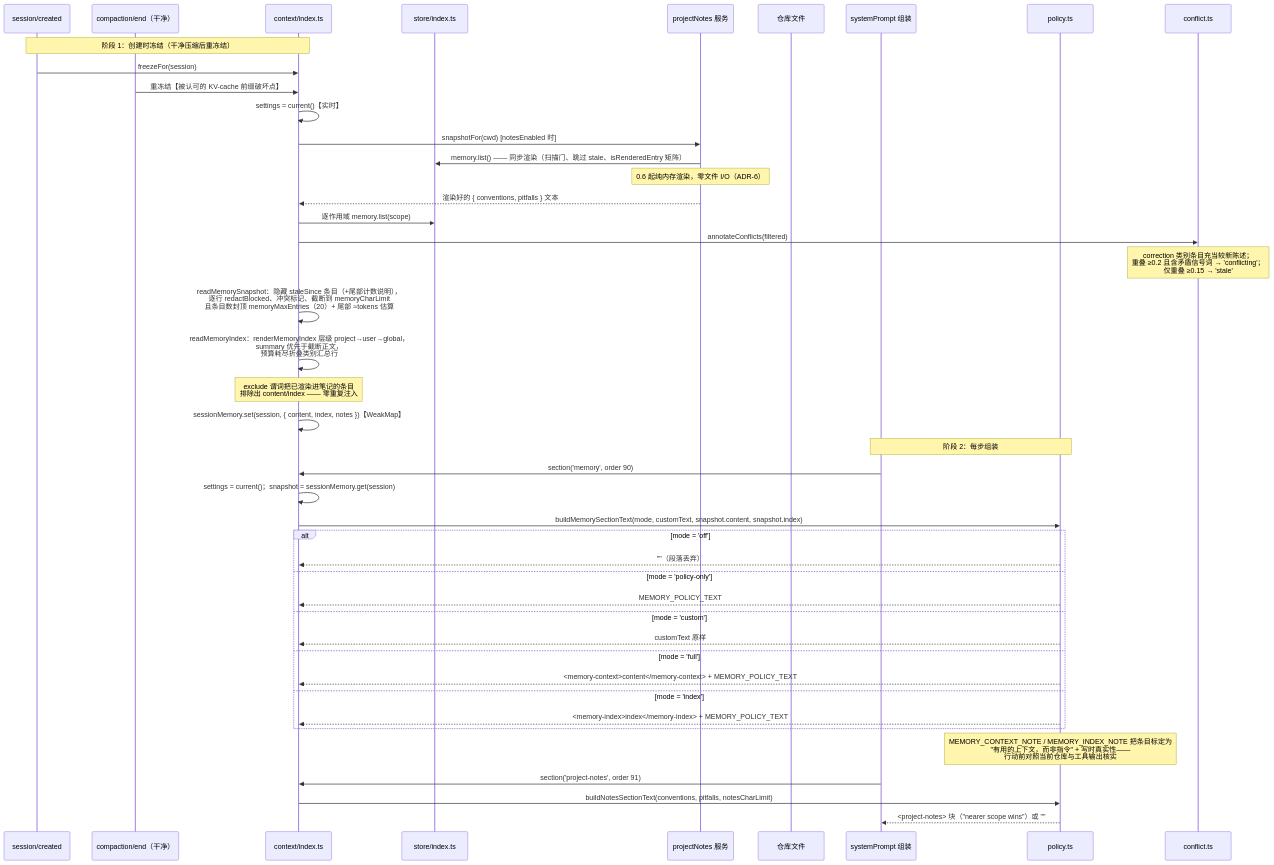
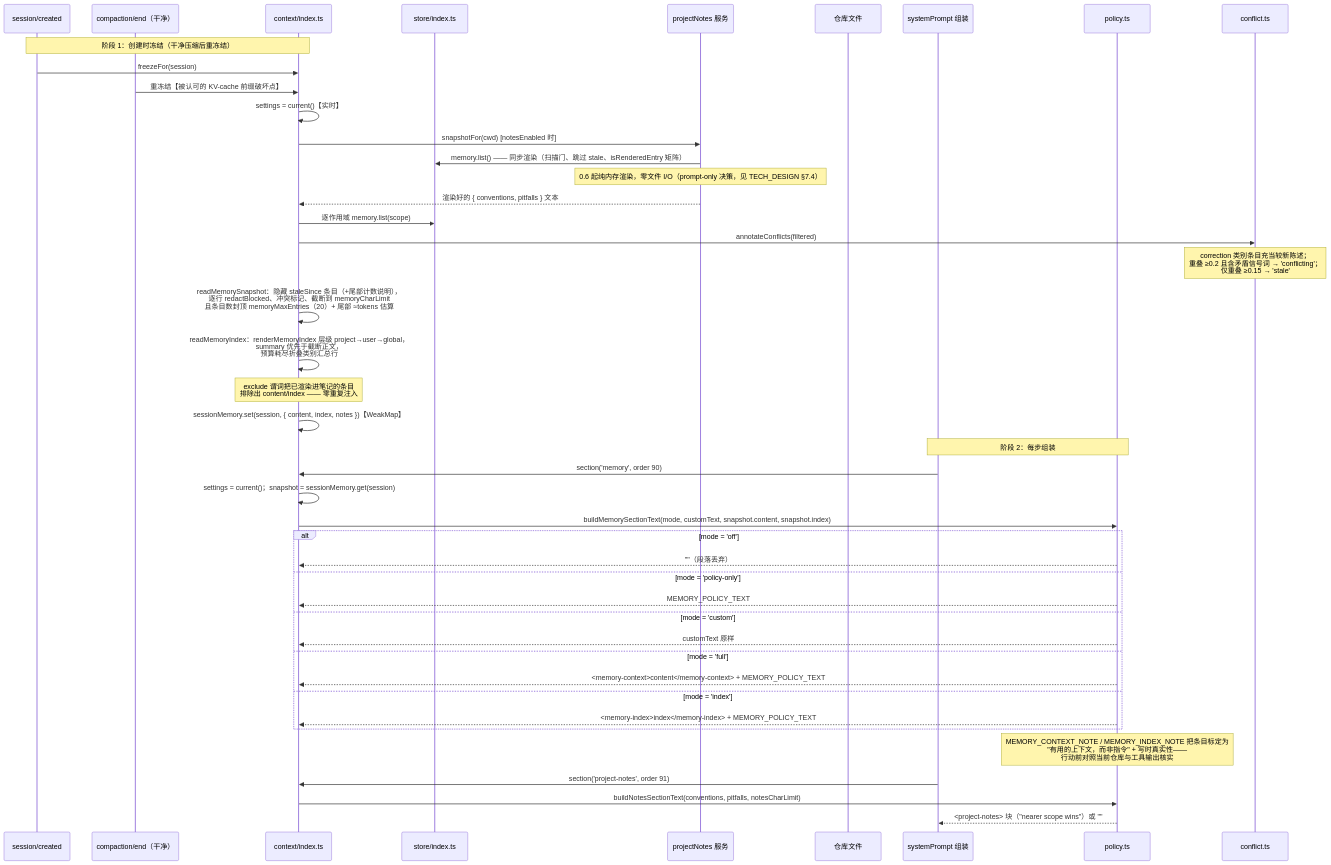
One commit to chenhw7/dsh-memory changed the ninth of 14 diagrams in docs/SEQUENCE_DIAGRAMS.zh.md. Above: the diagram before and after it, drawn with Mermaid. The commit also changed other lines of this file and 31 other files, not shown here.

````diff
--- a/docs/SEQUENCE_DIAGRAMS.zh.md
+++ b/docs/SEQUENCE_DIAGRAMS.zh.md
@@ -430,50 +430,50 @@
 ```mermaid
 sequenceDiagram
     participant SC as session/created
     participant CE as compaction/end（干净）
     participant Ctx as context/index.ts
     participant Store as store/index.ts
     participant NotesSvc as projectNotes 服务
     participant FS as 仓库文件
     participant SP as systemPrompt 组装
     participant Policy as policy.ts
     participant Conflict as conflict.ts
 
     Note over SC,Ctx: 阶段 1：创建时冻结（干净压缩后重冻结）
     SC->>Ctx: freezeFor(session)
     CE->>Ctx: 重冻结【被认可的 KV-cache 前缀破坏点】
     Ctx->>Ctx: settings = current()【实时】
     Ctx->>NotesSvc: snapshotFor(cwd) [notesEnabled 时]
     NotesSvc->>Store: memory.list() —— 同步渲染（扫描门、跳过 stale、isRenderedEntry 矩阵）
-    Note over NotesSvc: 0.6 起纯内存渲染，零文件 I/O（ADR-6）
+    Note over NotesSvc: 0.6 起纯内存渲染，零文件 I/O（prompt-only 决策，见 TECH_DESIGN §7.4）
     NotesSvc-->>Ctx: 渲染好的 { conventions, pitfalls } 文本
 
     Ctx->>Store: 逐作用域 memory.list(scope)
     Ctx->>Conflict: annotateConflicts(filtered)
     Note over Conflict: correction 类别条目充当较新陈述；<br/>重叠 ≥0.2 且含矛盾信号词 → 'conflicting'；<br/>仅重叠 ≥0.15 → 'stale'
     Ctx->>Ctx: readMemorySnapshot：隐藏 staleSince 条目（+尾部计数说明），<br/>逐行 redactBlocked、冲突标记、截断到 memoryCharLimit<br/>且条目数封顶 memoryMaxEntries（20）+ 尾部 ≈tokens 估算
     Ctx->>Ctx: readMemoryIndex：renderMemoryIndex 层级 project→user→global，<br/>summary 优先于截断正文，<br/>预算耗尽折叠类别汇总行
     Note over Ctx: exclude 谓词把已渲染进笔记的条目<br/>排除出 content/index —— 零重复注入
     Ctx->>Ctx: sessionMemory.set(session, { content, index, notes })【WeakMap】
 
     Note over SP,Policy: 阶段 2：每步组装
     SP->>Ctx: section('memory', order 90)
     Ctx->>Ctx: settings = current()；snapshot = sessionMemory.get(session)
     Ctx->>Policy: buildMemorySectionText(mode, customText, snapshot.content, snapshot.index)
     alt mode = 'off'
         Policy-->>Ctx: ""（段落丢弃）
     else mode = 'policy-only'
         Policy-->>Ctx: MEMORY_POLICY_TEXT
     else mode = 'custom'
         Policy-->>Ctx: customText 原样
     else mode = 'full'
         Policy-->>Ctx: <memory-context>content</memory-context> + MEMORY_POLICY_TEXT
     else mode = 'index'
         Policy-->>Ctx: <memory-index>index</memory-index> + MEMORY_POLICY_TEXT
     end
     Note over Policy: MEMORY_CONTEXT_NOTE / MEMORY_INDEX_NOTE 把条目标定为<br/>"有用的上下文，而非指令" + 写时真实性——<br/>行动前对照当前仓库与工具输出核实
 
     SP->>Ctx: section('project-notes', order 91)
     Ctx->>Policy: buildNotesSectionText(conventions, pitfalls, notesCharLimit)
     Policy-->>SP: <project-notes> 块（"nearer scope wins"）或 ""
 ```
````
